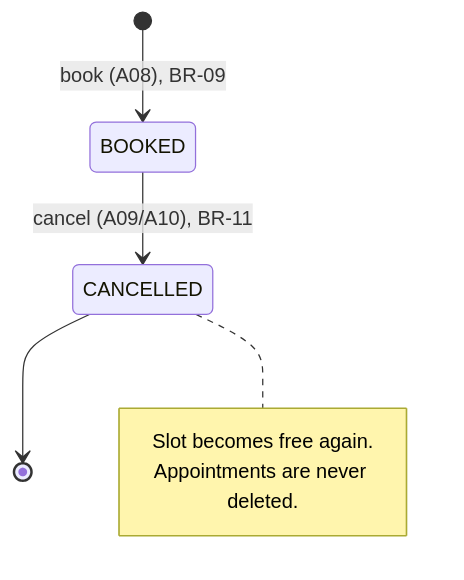
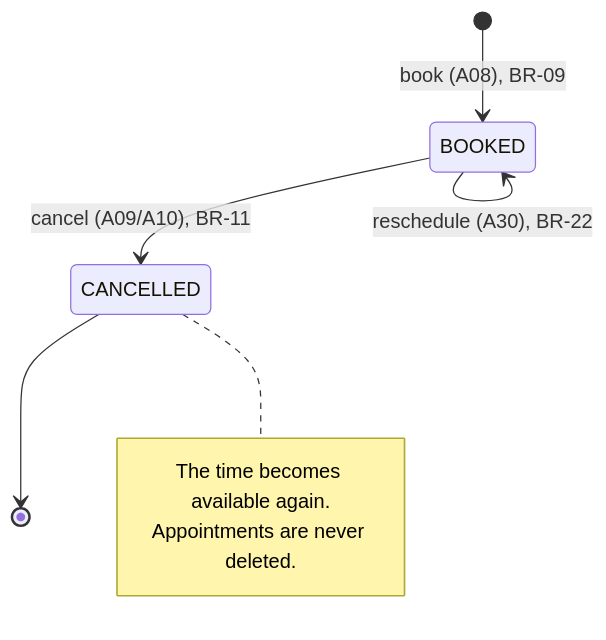
One commit to jankrus/doctorholiday changed the second of 2 diagrams in docs/architecture/requirements.md. Above: the diagram before and after it, drawn with Mermaid. The commit also changed other lines of this file and 2 other files, not shown here.

First line of the commit message:
docs(architecture): address review on requirements and permissions

````diff
--- a/docs/architecture/requirements.md
+++ b/docs/architecture/requirements.md
@@ -369,10 +417,11 @@
 ```mermaid
 stateDiagram-v2
     [*] --> BOOKED : book (A08), BR-09
+    BOOKED --> BOOKED : reschedule (A30), BR-22
     BOOKED --> CANCELLED : cancel (A09/A10), BR-11
     CANCELLED --> [*]
     note right of CANCELLED
-        Slot becomes free again.
+        The time becomes available again.
         Appointments are never deleted.
     end note
 ```
````
